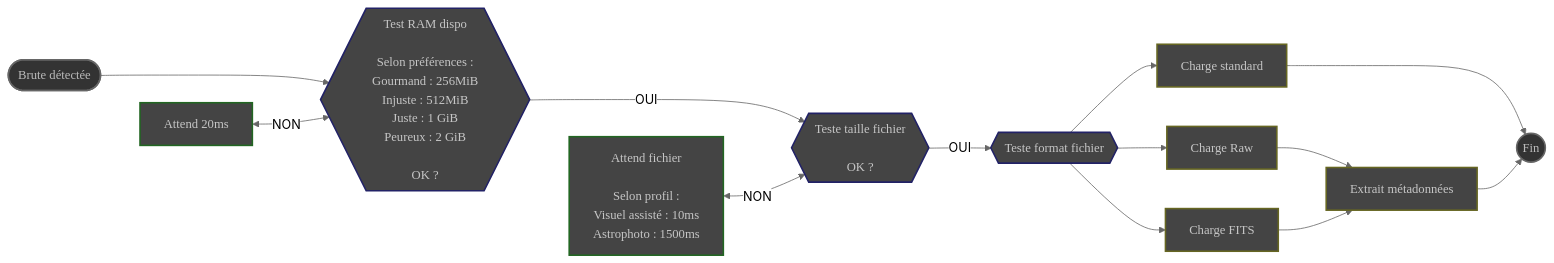
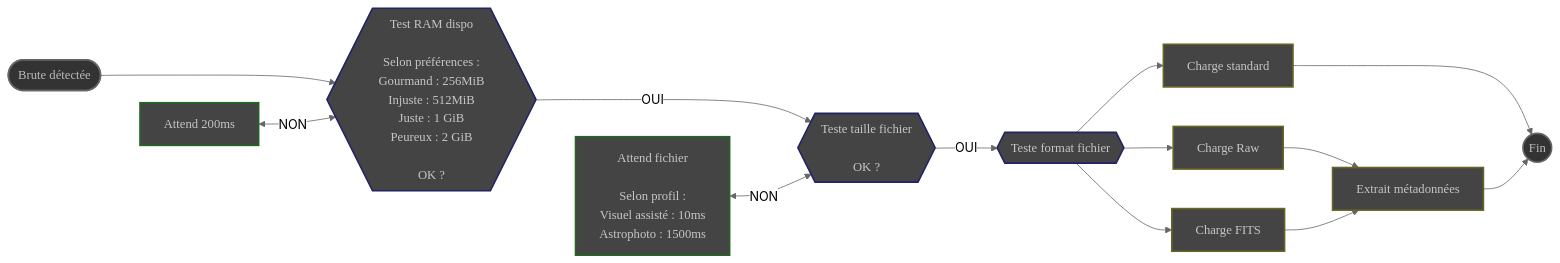
One commit to deufrai/als changed the diagram in website/content/fr/docs/v1.0/reference/modules/scanner.md. Above: the diagram before and after it, drawn with Mermaid (neutral theme). The commit also changed other lines of this file and 1 other file, not shown here.

Commit message:
fix discrepancy between scanner doc and actual code

````diff
--- a/website/content/fr/docs/v1.0/reference/modules/scanner.md
+++ b/website/content/fr/docs/v1.0/reference/modules/scanner.md
@@ -59,53 +59,53 @@
 ```mermaid
 flowchart LR
     START([Brute détectée])
     
     WAIT_FILE[Attend fichier<br><br>Selon profil :<br>Visuel assisté : 10ms<br>Astrophoto : 1500ms]
-    WAIT_RAM[Attend 20ms]
+    WAIT_RAM[Attend 200ms]
     
     CHECK_RAM{{Test RAM dispo<br><br>Selon préférences :<br>Gourmand : 256MiB<br>Injuste : 512MiB<br>Juste : 1 GiB<br>Peureux : 2 GiB<br><br>OK ?}}
     CHECK_SIZE{{Teste taille fichier<br><br>OK ?}}
     TEST_FORMAT{{Teste format fichier}}
     
     FITS[Charge FITS]
     STANDARD[Charge standard]
     RAW[Charge Raw]
     
     METADATA[Extrait métadonnées]
     
     END((Fin))
 
     START ---> CHECK_RAM
     WAIT_RAM <-->|NON| CHECK_RAM
 
     CHECK_RAM --->|OUI| CHECK_SIZE
     WAIT_FILE <-->|NON| CHECK_SIZE
     CHECK_SIZE -->|OUI| TEST_FORMAT
 
     TEST_FORMAT -->  FITS
     TEST_FORMAT -->  STANDARD
     TEST_FORMAT -->  RAW
 
     RAW --> METADATA
     FITS --> METADATA
 
     STANDARD ---> END
     METADATA --> END
 
     classDef bounds fill: #333, stroke: #666, stroke-width: 2px, color: #BBB, font-family: 'Poppins', sans-serif
     classDef step fill: #444, stroke: #662, stroke-width:2px, color: #c6c6c6, font-family: 'Poppins',sans-serif
     classDef wait  fill: #444, stroke: #262,stroke-width: 2px, color: #c6c6c6, font-family:'Poppins', sans-serif
     classDef test fill: #444, stroke: #226, stroke-width: 2px, color: #c6c6c6, font-family: 'Poppins', sans-serif
     
     class START bounds
     class WAIT_FILE wait
     class WAIT_RAM wait
     class CHECK_RAM test
     class CHECK_SIZE test
     class TEST_FORMAT test
     class FITS step
     class STANDARD step
     class RAW step
     class METADATA step
     class END bounds
 ```
````
